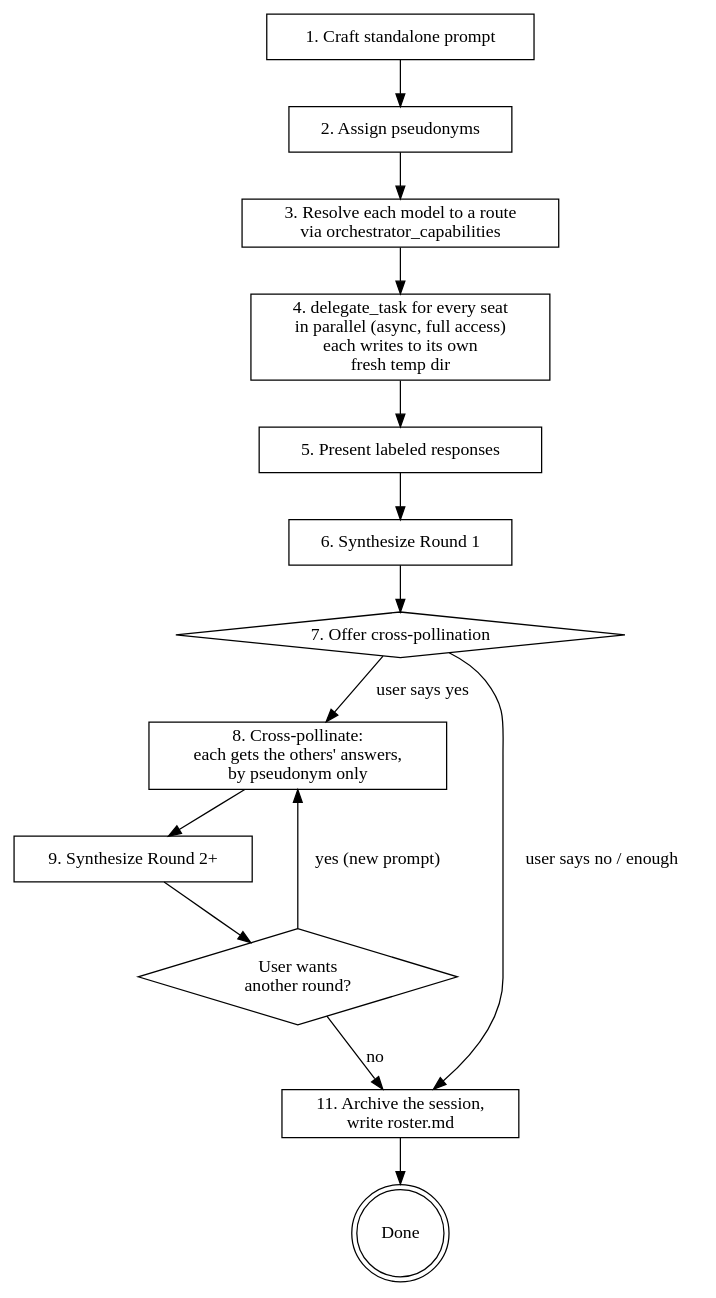
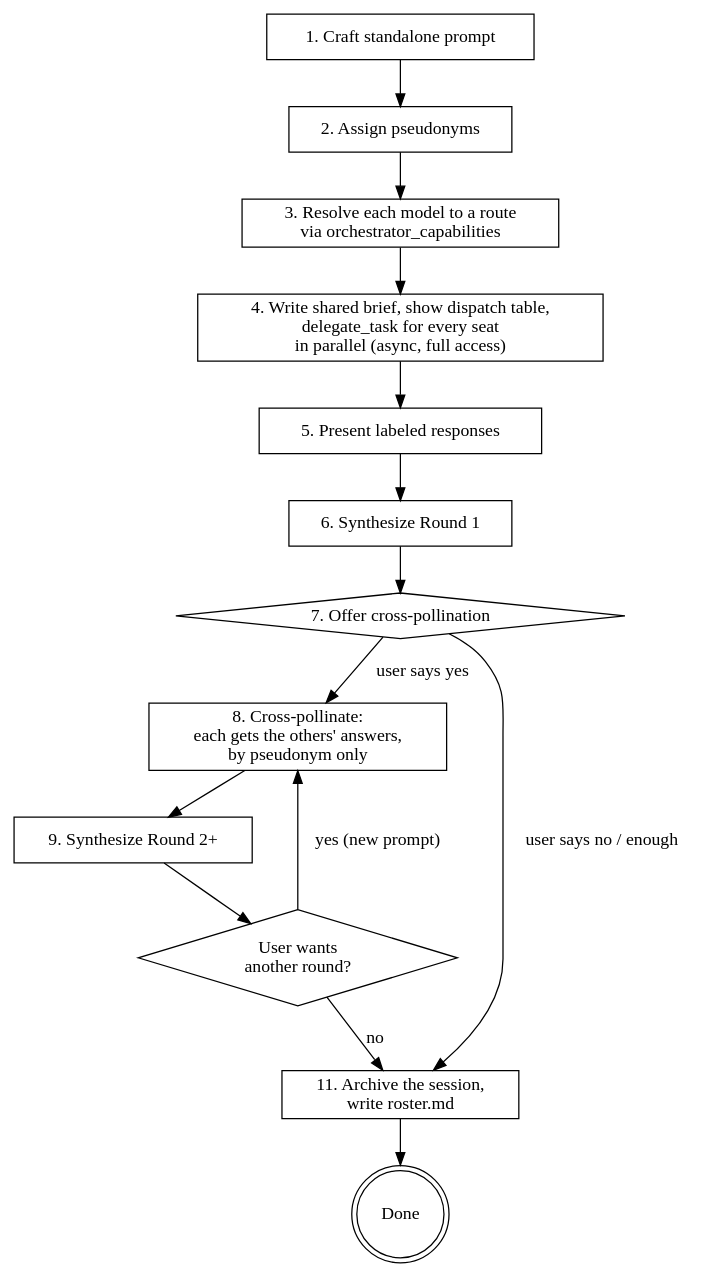
Before and after one commit to richard-better/agent-skills: the diagram in skills/the-gang-t3/SKILL.md, drawn with Graphviz. The commit also changed other lines of this file, not shown here.

Commit message:
docs(the-gang-t3): shared brief file, dispatch table, keep going on failures

````diff
--- a/skills/the-gang-t3/SKILL.md
+++ b/skills/the-gang-t3/SKILL.md
@@ -46,25 +46,25 @@
 ```dot
 digraph gang {
   rankdir=TB;
   craft [label="1. Craft standalone prompt" shape=box];
   setup [label="2. Assign pseudonyms" shape=box];
   resolve [label="3. Resolve each model to a route\nvia orchestrator_capabilities" shape=box];
-  dispatch [label="4. delegate_task for every seat\nin parallel (async, full access)\neach writes to its own\nfresh temp dir" shape=box];
+  dispatch [label="4. Write shared brief, show dispatch table,\ndelegate_task for every seat\nin parallel (async, full access)" shape=box];
   present [label="5. Present labeled responses" shape=box];
   synth1 [label="6. Synthesize Round 1" shape=box];
   offer [label="7. Offer cross-pollination" shape=diamond];
   cross [label="8. Cross-pollinate:\neach gets the others' answers,\nby pseudonym only" shape=box];
   synth2 [label="9. Synthesize Round 2+" shape=box];
   more [label="User wants\nanother round?" shape=diamond];
   close [label="11. Archive the session,\nwrite roster.md" shape=box];
 
   craft -> setup -> resolve -> dispatch -> present -> synth1 -> offer;
   offer -> cross [label="user says yes"];
   offer -> close [label="user says no / enough"];
   cross -> synth2 -> more;
   more -> cross [label="yes (new prompt)"];
   more -> close [label="no"];
   close -> done;
   done [label="Done" shape=doublecircle];
 }
 ```
````
